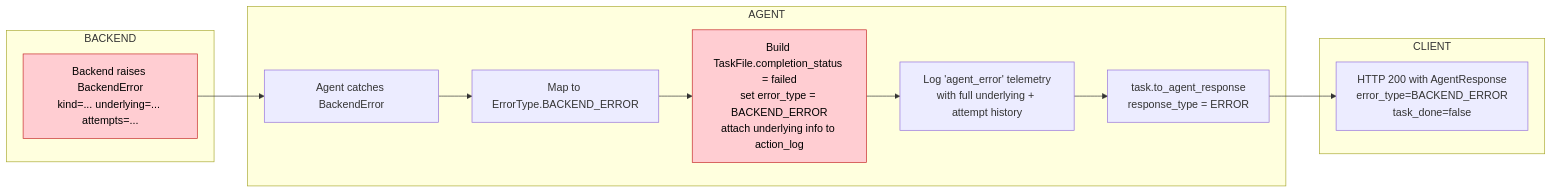
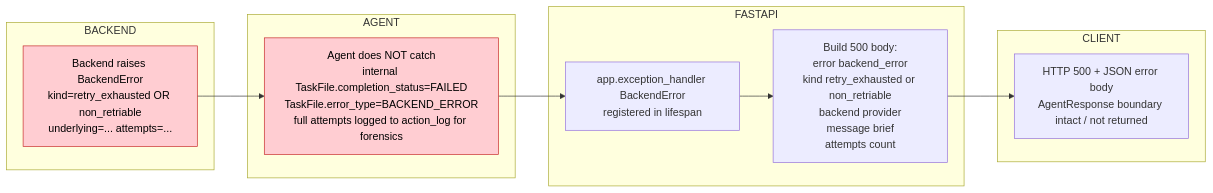
Before and after one commit to M-a-k-l-o-v/project-baymax: the fifth of 7 diagrams in docs/BACKEND_FLOW.md, drawn with Mermaid. The commit also changed other lines of this file and 17 other files, not shown here.

````diff
--- a/docs/BACKEND_FLOW.md
+++ b/docs/BACKEND_FLOW.md
@@ -292,28 +296,27 @@
 ```mermaid
 flowchart LR
     subgraph BACKEND
-        BE[Backend raises BackendError<br/>kind=... underlying=... attempts=...]
+        BE[Backend raises BackendError<br/>kind=retry_exhausted OR non_retriable<br/>underlying=... attempts=...]
     end
 
     subgraph AGENT
-        CATCH[Agent catches BackendError]
-        MAP[Map to ErrorType.BACKEND_ERROR]
-        BUILD[Build TaskFile.completion_status = failed<br/>set error_type = BACKEND_ERROR<br/>attach underlying info to action_log]
-        LOG[Log 'agent_error' telemetry<br/>with full underlying + attempt history]
-        RESPONSE[task.to_agent_response<br/>response_type = ERROR]
+        BUBBLE[Agent does NOT catch<br/>internal TaskFile.completion_status=FAILED<br/>TaskFile.error_type=BACKEND_ERROR<br/>full attempts logged to action_log for forensics]
+    end
+
+    subgraph FASTAPI
+        HANDLER[app.exception_handler BackendError<br/>registered in lifespan]
+        BUILD500[Build 500 body:<br/>error backend_error<br/>kind retry_exhausted or non_retriable<br/>backend provider<br/>message brief<br/>attempts count]
     end
 
     subgraph CLIENT
-        RESP[HTTP 200 with AgentResponse<br/>error_type=BACKEND_ERROR<br/>task_done=false]
+        RESP[HTTP 500 + JSON error body<br/>AgentResponse boundary intact / not returned]
     end
 
-    BE --> CATCH
-    CATCH --> MAP
-    MAP --> BUILD
-    BUILD --> LOG
-    LOG --> RESPONSE
-    RESPONSE --> RESP
+    BE --> BUBBLE
+    BUBBLE --> HANDLER
+    HANDLER --> BUILD500
+    BUILD500 --> RESP
 
     classDef fail fill:#ffcdd2,stroke:#c62828,color:#000
-    class BE,BUILD fail
+    class BE,BUBBLE fail
 ```
````
